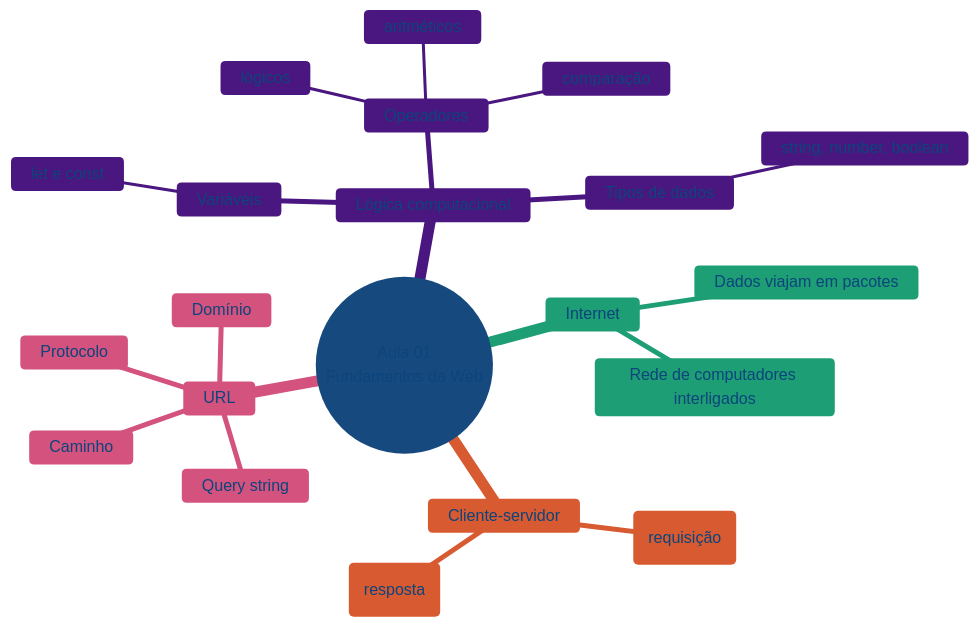
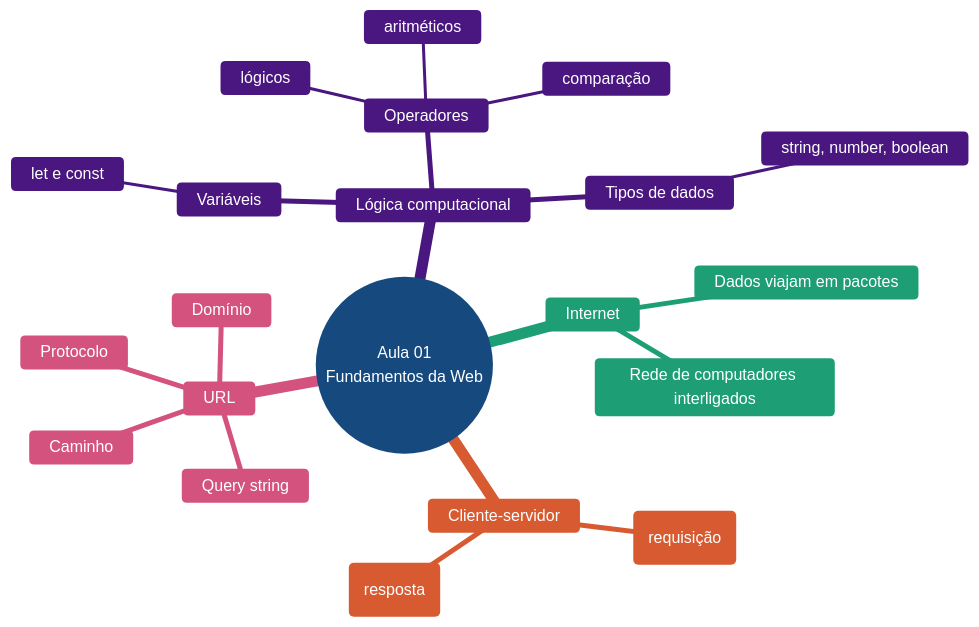
One commit to gustavocolombelli/uniguacu-web-dev changed the diagram in uniguacu-web-dev/aula-01/diagramas/03-resumo-aula-01.mmd. Above: the diagram before and after it, drawn with Mermaid. The commit also changed 4 other files, not shown here.

First line of the commit message:
Corrige contraste de texto nos diagramas Mermaid

```diff
--- a/uniguacu-web-dev/aula-01/diagramas/03-resumo-aula-01.mmd
+++ b/uniguacu-web-dev/aula-01/diagramas/03-resumo-aula-01.mmd
@@ -1,33 +1,36 @@
 %%{init: {'theme':'base', 'themeVariables': {
   'primaryColor': '#378ADD',
-  'primaryTextColor': '#0C447C',
+  'primaryTextColor': '#FFFFFF',
   'primaryBorderColor': '#185FA5',
   'secondaryColor': '#D85A30',
+  'secondaryTextColor': '#FFFFFF',
+  'tertiaryTextColor': '#2C2C2A',
   'lineColor': '#5F5E5A',
-  'cScale0': '#7F77DD',
-  'cScale1': '#1D9E75',
-  'cScale2': '#D85A30',
-  'cScale3': '#D4537E'
+  'textColor': '#2C2C2A',
+  'cScale0': '#7F77DD', 'cScaleLabel0': '#FFFFFF',
+  'cScale1': '#1D9E75', 'cScaleLabel1': '#FFFFFF',
+  'cScale2': '#D85A30', 'cScaleLabel2': '#FFFFFF',
+  'cScale3': '#D4537E', 'cScaleLabel3': '#FFFFFF'
 }}}%%
 mindmap
   root((Aula 01<br/>Fundamentos da Web))
     Internet
       Rede de computadores interligados
       Dados viajam em pacotes
     Cliente-servidor
       Navegador pede (requisição)
       Servidor responde (resposta)
     URL
       Protocolo
       Domínio
       Caminho
       Query string
     Lógica computacional
       Variáveis
         let e const
       Tipos de dados
         string, number, boolean
       Operadores
         aritméticos
         comparação
         lógicos
```
